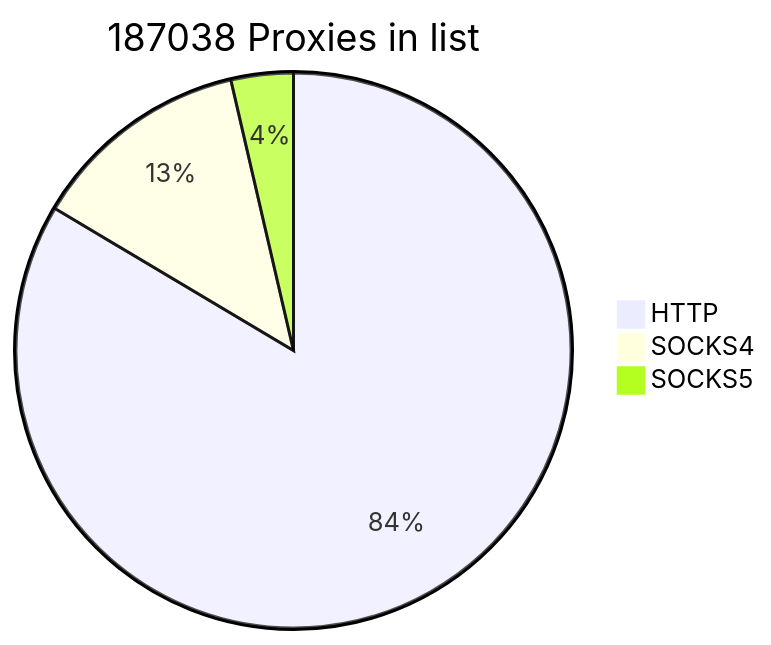
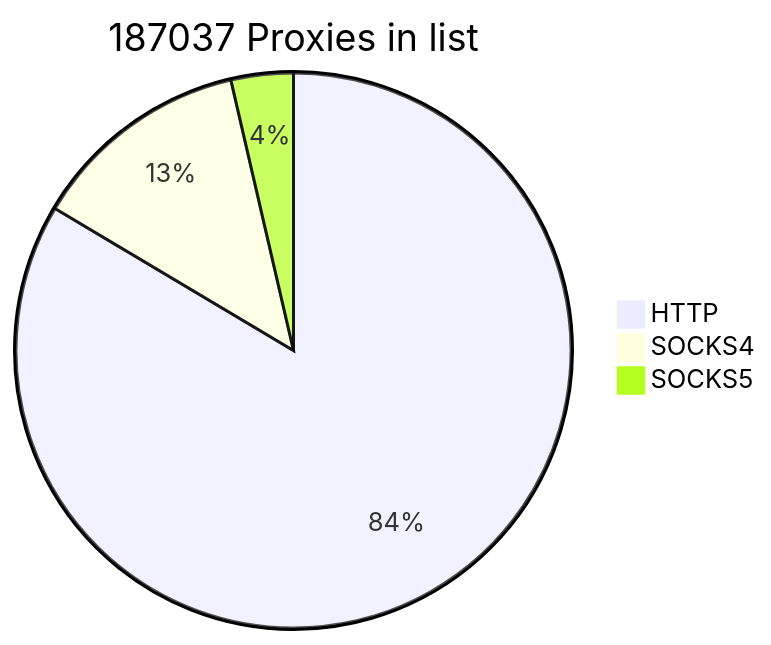
The first of 2 diagrams in README.md (cutipu/proxylist), drawn with Mermaid before and after one commit. The commit also changed other lines of this file, not shown here.

````diff
--- a/README.md
+++ b/README.md
@@ -2,7 +2,7 @@
 ```mermaid
-pie title 187038 Proxies in list
+pie title 187037 Proxies in list
     "HTTP" : 156263
-    "SOCKS4" : 24003
+    "SOCKS4" : 24002
     "SOCKS5" : 6772
             
 ```
````
